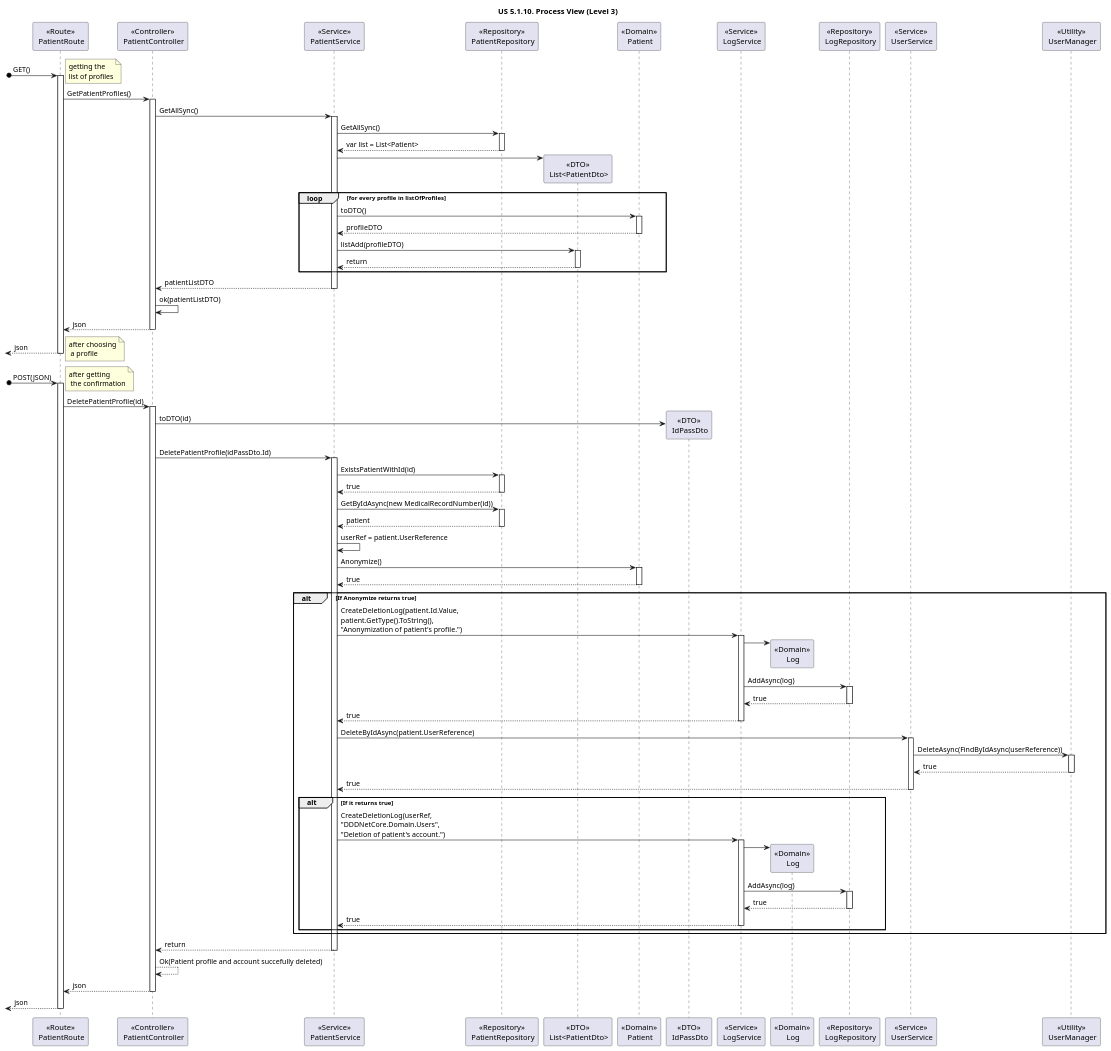
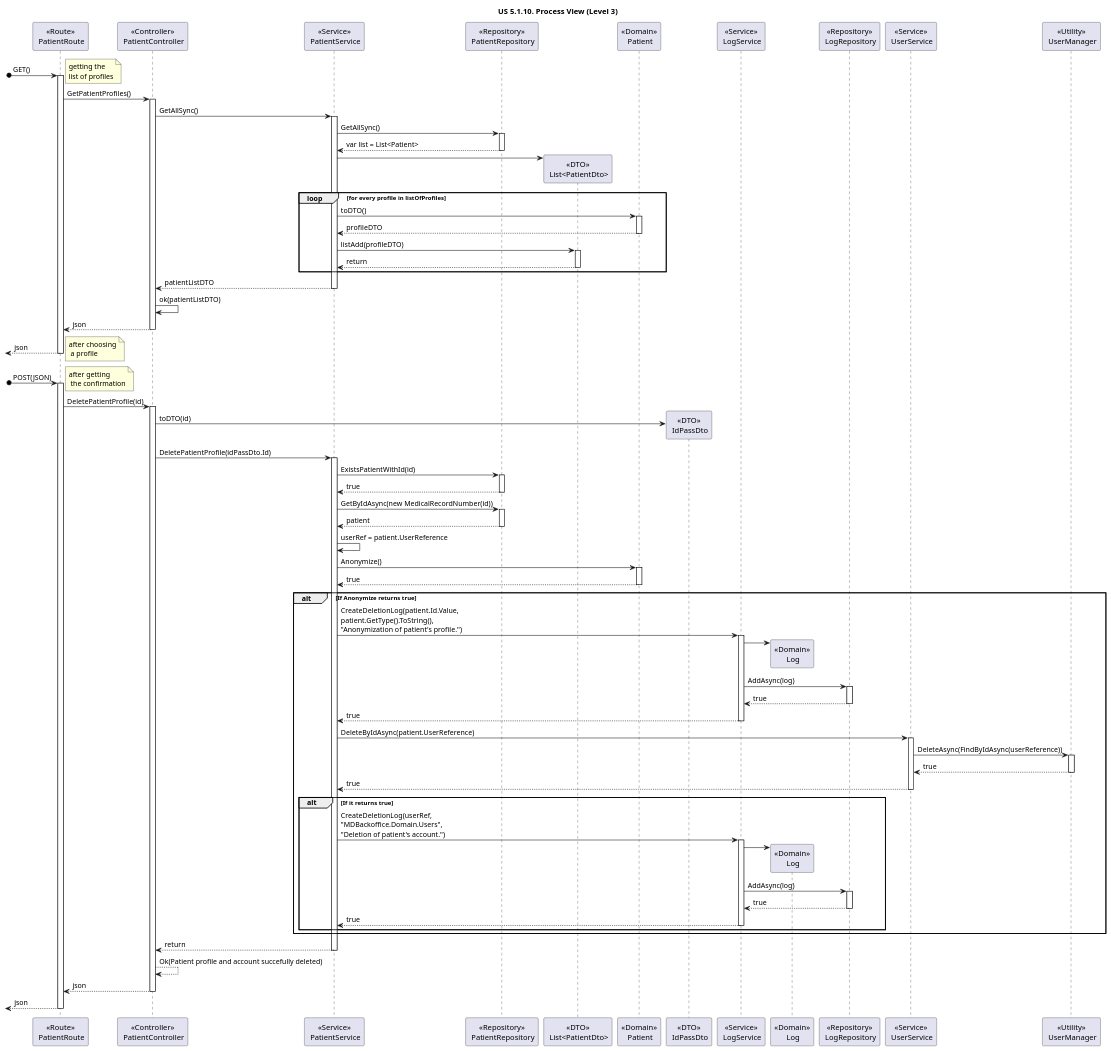
The diagram in docs/sprint-1/1220738/us-5.1.10/Diagrams/Views/process-view-level-3.puml (rita-barbosa/LAPR5-2425), drawn with PlantUML before and after one commit. The commit also changed 385 other files, not shown here.

```diff
--- a/docs/sprint-1/1220738/us-5.1.10/Diagrams/Views/process-view-level-3.puml
+++ b/docs/sprint-1/1220738/us-5.1.10/Diagrams/Views/process-view-level-3.puml
@@ -1,138 +1,138 @@
 @startuml
 title "US 5.1.10. Process View (Level 3)"
 
 participant "<<Route>>\n PatientRoute" as ROUTE
 participant "<<Controller>>\n PatientController" as CONTROL
 participant "<<Service>>\n PatientService" as AUTHServ
 participant "<<Repository>>\n PatientRepository" as PATIENTRepo
 participant "<<DTO>>\n List<PatientDto>" as PatientListDTO
 participant "<<Domain>>\n Patient" as PATIENT
 participant "<<DTO>>\n IdPassDto" as PatientDTO
 participant "<<Service>>\n LogService" as LOGServ
 participant "<<Domain>>\n Log" as LOG
 participant "<<Repository>>\n LogRepository" as LOGRepo
 participant "<<Service>>\n UserService" as USERServ
 participant "<<Utility>>\n UserManager" as USERMan
 
 [o-> ROUTE : GET()
 note right : getting the \nlist of profiles
 
 Activate ROUTE
 
 ROUTE -> CONTROL : GetPatientProfiles()
 
 Activate CONTROL
 
 CONTROL -> AUTHServ : GetAllSync()
 Activate AUTHServ
 
 AUTHServ -> PATIENTRepo : GetAllSync() 
 Activate PATIENTRepo
 
 PATIENTRepo --> AUTHServ : var list = List<Patient>
 Deactivate PATIENTRepo
 
 AUTHServ -> PatientListDTO**
 
 loop for every profile in listOfProfiles
 AUTHServ -> PATIENT : toDTO()
 activate PATIENT
 PATIENT --> AUTHServ : profileDTO
 deactivate PATIENT
 AUTHServ -> PatientListDTO : listAdd(profileDTO)
 activate PatientListDTO
 PatientListDTO --> AUTHServ : return
 deactivate PatientListDTO
 end
 
 AUTHServ --> CONTROL : patientListDTO
 Deactivate AUTHServ
 
 CONTROL -> CONTROL : ok(patientListDTO)
 
 CONTROL --> ROUTE : json
 Deactivate CONTROL
 <-- ROUTE : json
 
 Deactivate ROUTE
 
 note right : after choosing\n a profile
 
 [o-> ROUTE : POST(JSON)
 note right : after getting\n the confirmation
 
 Activate ROUTE
 
 ROUTE -> CONTROL : DeletePatientProfile(id)
 
 Activate CONTROL
 
 CONTROL -> PatientDTO** : toDTO(id)
 
 CONTROL -> AUTHServ : DeletePatientProfile(idPassDto.Id)
 Activate AUTHServ
 
 AUTHServ -> PATIENTRepo : ExistsPatientWithId(id)
 activate PATIENTRepo
 PATIENTRepo --> AUTHServ : true
 deactivate PATIENTRepo
 
 AUTHServ -> PATIENTRepo : GetByIdAsync(new MedicalRecordNumber(id))
 activate PATIENTRepo
 PATIENTRepo --> AUTHServ : patient
 deactivate PATIENTRepo
 
 AUTHServ -> AUTHServ : userRef = patient.UserReference
 
 AUTHServ -> PATIENT : Anonymize()
 activate PATIENT
 PATIENT --> AUTHServ : true
 deactivate PATIENT
 
 alt If Anonymize returns true
 
 AUTHServ -> LOGServ : CreateDeletionLog(patient.Id.Value,\npatient.GetType().ToString(),\n"Anonymization of patient's profile.")
 activate LOGServ 
 LOGServ -> LOG**
 LOGServ -> LOGRepo : AddAsync(log)
 activate LOGRepo
 LOGRepo --> LOGServ : true
 deactivate LOGRepo
 LOGServ --> AUTHServ : true
 deactivate LOGServ
 
 AUTHServ -> USERServ : DeleteByIdAsync(patient.UserReference)
 activate USERServ
 USERServ -> USERMan : DeleteAsync(FindByIdAsync(userReference))
 activate USERMan
 USERMan --> USERServ : true 
 deactivate USERMan
 USERServ --> AUTHServ : true
 deactivate USERServ
 
 alt If it returns true
 
-AUTHServ -> LOGServ : CreateDeletionLog(userRef,\n"DDDNetCore.Domain.Users",\n"Deletion of patient's account.")
+AUTHServ -> LOGServ : CreateDeletionLog(userRef,\n"MDBackoffice.Domain.Users",\n"Deletion of patient's account.")
 activate LOGServ 
 LOGServ -> LOG**
 LOGServ -> LOGRepo : AddAsync(log)
 activate LOGRepo
 LOGRepo --> LOGServ : true
 deactivate LOGRepo
 LOGServ --> AUTHServ : true
 deactivate LOGServ
 
 end
 end
 
 AUTHServ --> CONTROL : return
 deactivate AUTHServ
 
 CONTROL --> CONTROL : Ok(Patient profile and account succefully deleted)
 CONTROL --> ROUTE : json
 deactivate CONTROL
 
 <-- ROUTE : json
 deactivate ROUTE
 
 @enduml
```
